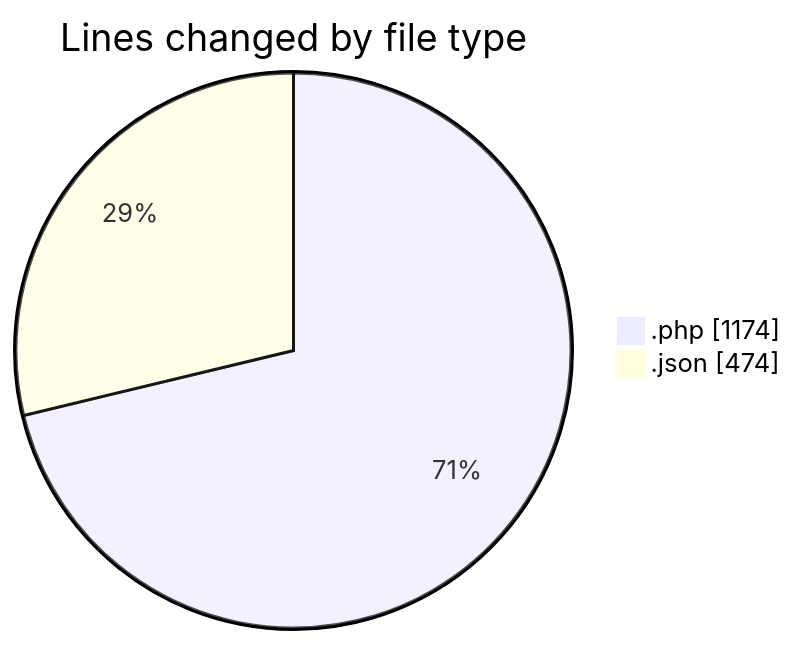
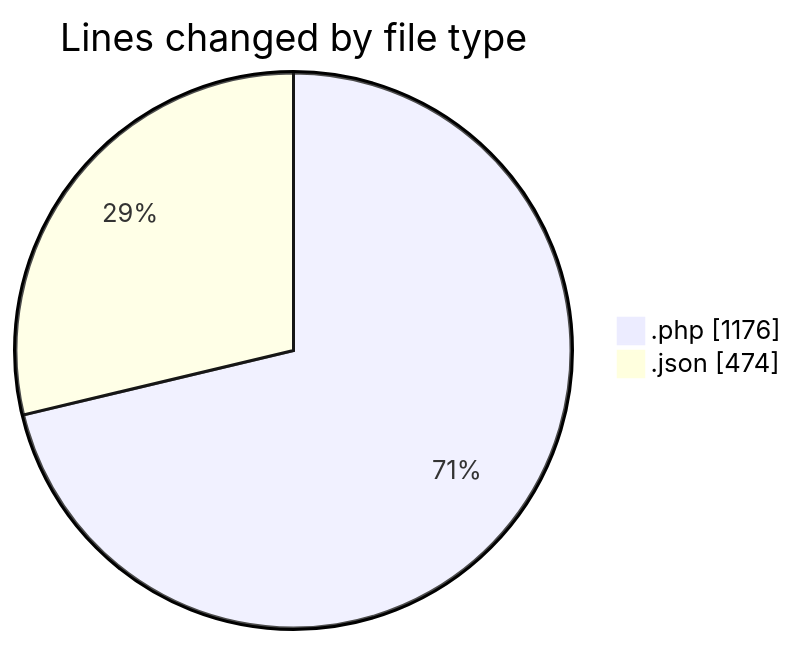
The first of 2 diagrams in 2025-06-02/studio-backend/README.md (idhammustaqopulfikri/code-tracking), drawn with Mermaid before and after one commit. The commit also changed other lines of this file and 1 other file, not shown here.

````diff
--- a/2025-06-02/studio-backend/README.md
+++ b/2025-06-02/studio-backend/README.md
@@ -36,6 +36,6 @@
 ```mermaid
 pie showData
 title Lines changed by file type
-".php" : 1174
+".php" : 1176
 ".json" : 474
 ```
````
